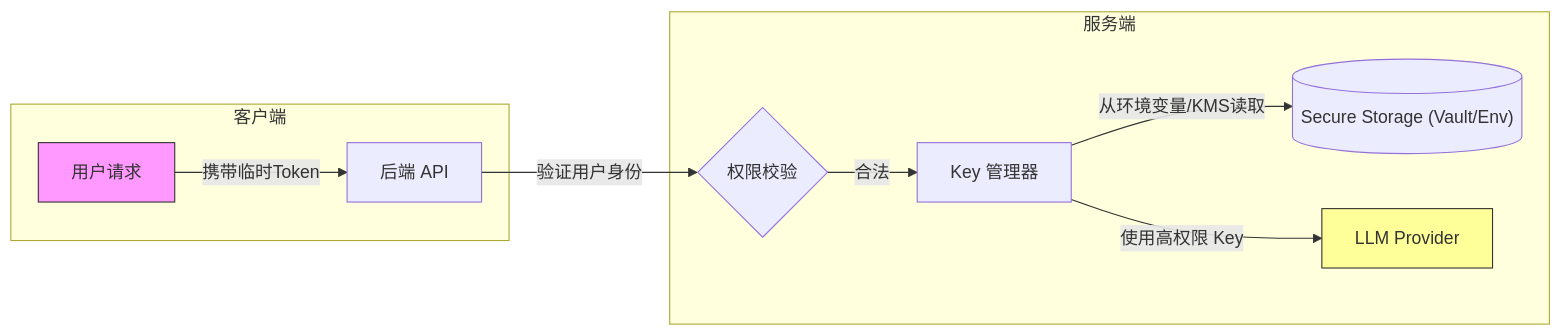
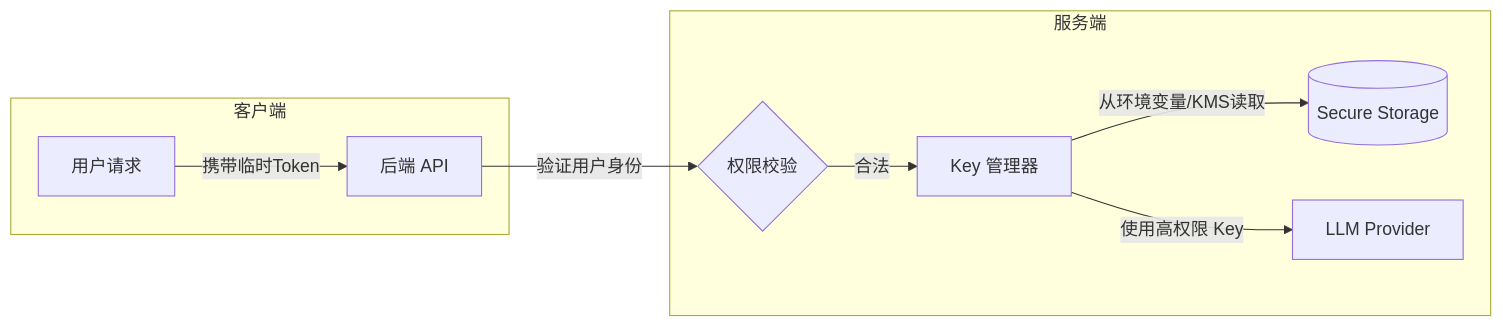
The second of 4 diagrams in 01_Agent开发指南_AI平台和api-key管理.md (fortuneyan/Agent-Developing-Bible), drawn with Mermaid before and after one commit. The commit also changed other lines of this file and 30 other files, not shown here.

````diff
--- a/01_Agent开发指南_AI平台和api-key管理.md
+++ b/01_Agent开发指南_AI平台和api-key管理.md
@@ -213,15 +195,12 @@
 ```mermaid
 graph LR
     subgraph "客户端"
         A[用户请求] -->|携带临时Token| B[后端 API]
     end
     subgraph "服务端"
         B -->|验证用户身份| C{权限校验}
         C -->|合法| D[Key 管理器]
-        D -->|从环境变量/KMS读取| E[("Secure Storage (Vault/Env)")]
+        D -->|从环境变量/KMS读取| E[("Secure Storage")]
         D -->|使用高权限 Key| F[LLM Provider]
     end
-    style A fill:#f9f,stroke:#333
-    style F fill:#ff9,stroke:#333
-
 ```
````
